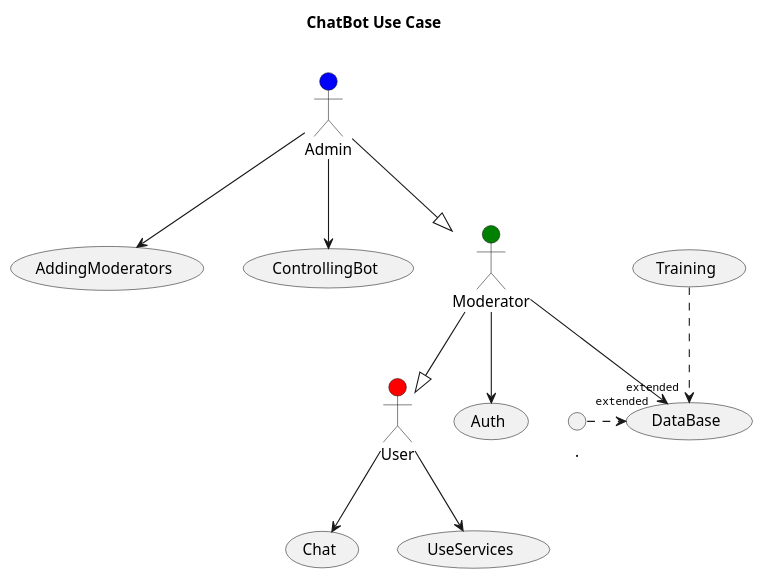
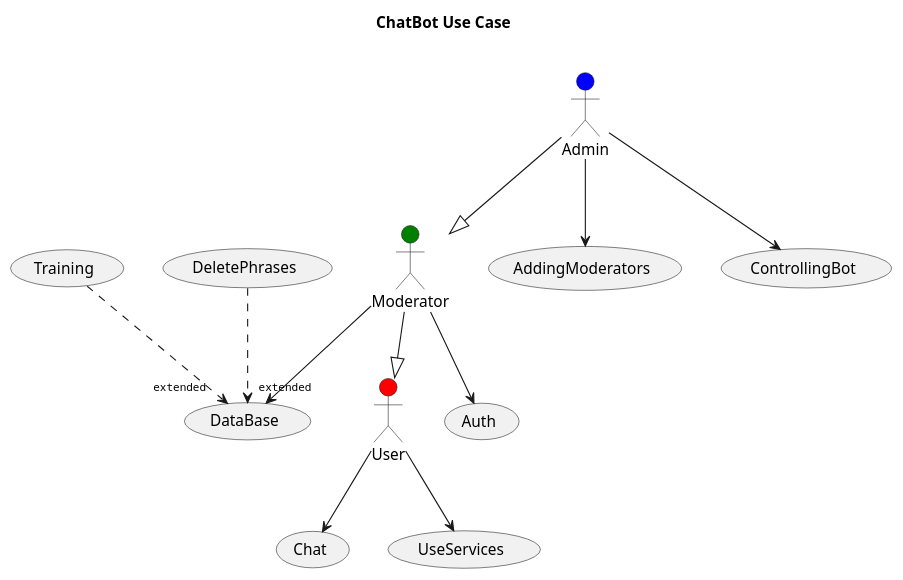
One commit to govorun17/diplom changed the diagram in 1 Use Case.puml. Above: the diagram before and after it, drawn with PlantUML. The commit also changed 19 other files, not shown here.

```diff
--- a/1 Use Case.puml
+++ b/1 Use Case.puml
@@ -1,40 +1,40 @@
 @startuml
 
 skinparam Shadowing false
 
 skinparam ArrowFontStyle normal
 skinparam ArrowFontName Courier
 skinparam ArrowFontSize 10
 
 title ChatBot Use Case\n
 
 
 :User: as User #red
 :Admin: as Admin #blue
 :Moderator: as Moderator #green
 
 Admin --|> Moderator
 Moderator --|> User
 
 'package AdminPanel {
 '    (Auth)
 '    (DataBase)
 '    (AddingModerators)
 '    (ControllingBot)
 '}
 '
 'package VkChat {
 '    (Chat)
 '    (UseServices)
 '}
 
 Admin --> (AddingModerators)
 Admin --> (ControllingBot)
 Moderator --> (Auth)
 Moderator --> (DataBase)
 (Training) ..>"extended" (DataBase)
-() ..>"extended" (DataBase)
+(DeletePhrases) ..>"extended" (DataBase)
 User --> (Chat)
 User --> (UseServices)
 
 @enduml
```
